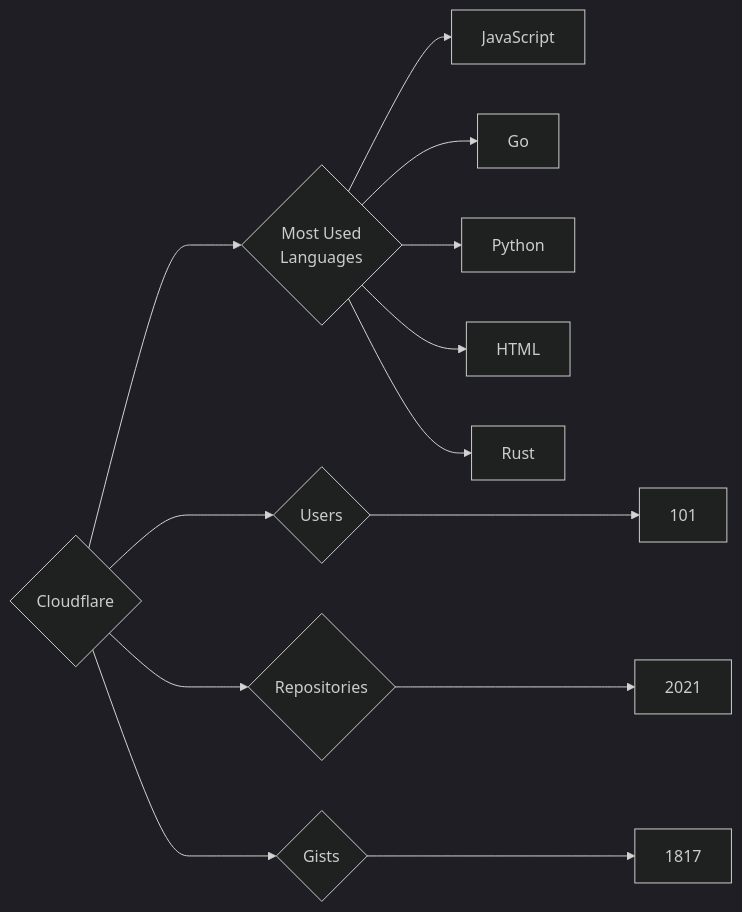
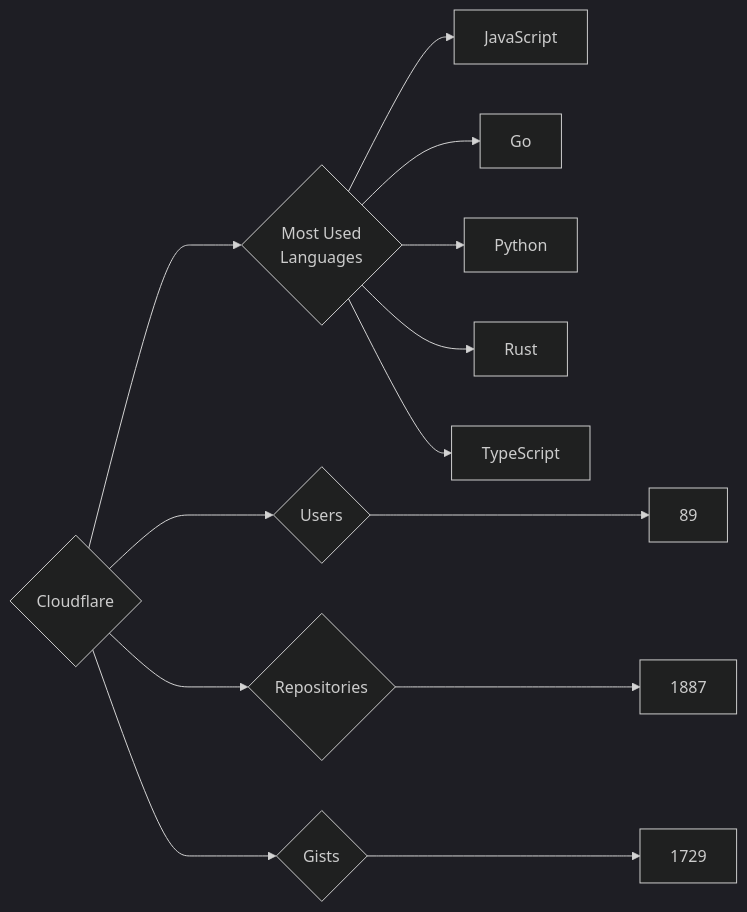
Before and after one commit to trickest/insiders: the diagram in targets/Cloudflare/README.md, drawn with Mermaid (dark theme). The commit also changed 736 other files, not shown here.

````diff
--- a/targets/Cloudflare/README.md
+++ b/targets/Cloudflare/README.md
@@ -3,13 +3,13 @@
 ```mermaid
 graph LR
 COMPANY_NAME{Cloudflare}
-COMPANY_NAME ---> U{Users} ---> UN[101]
-COMPANY_NAME ---> R{Repositories} ---> RN[2021]
-COMPANY_NAME ---> G{Gists} ---> GN[1817]
+COMPANY_NAME ---> U{Users} ---> UN[89]
+COMPANY_NAME ---> R{Repositories} ---> RN[1887]
+COMPANY_NAME ---> G{Gists} ---> GN[1729]
 COMPANY_NAME ---> ML{Most Used<br>Languages}
 ML --> JavaScript[JavaScript]
 ML --> Go[Go]
 ML --> Python[Python]
-ML --> HTML[HTML]
 ML --> Rust[Rust]
+ML --> TypeScript[TypeScript]
 ```
````
